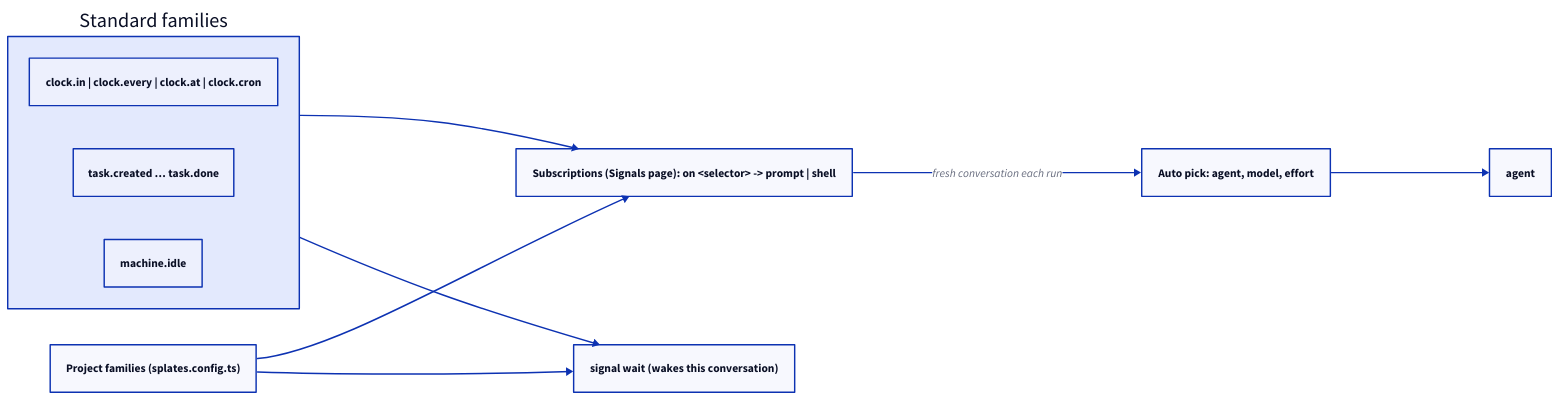
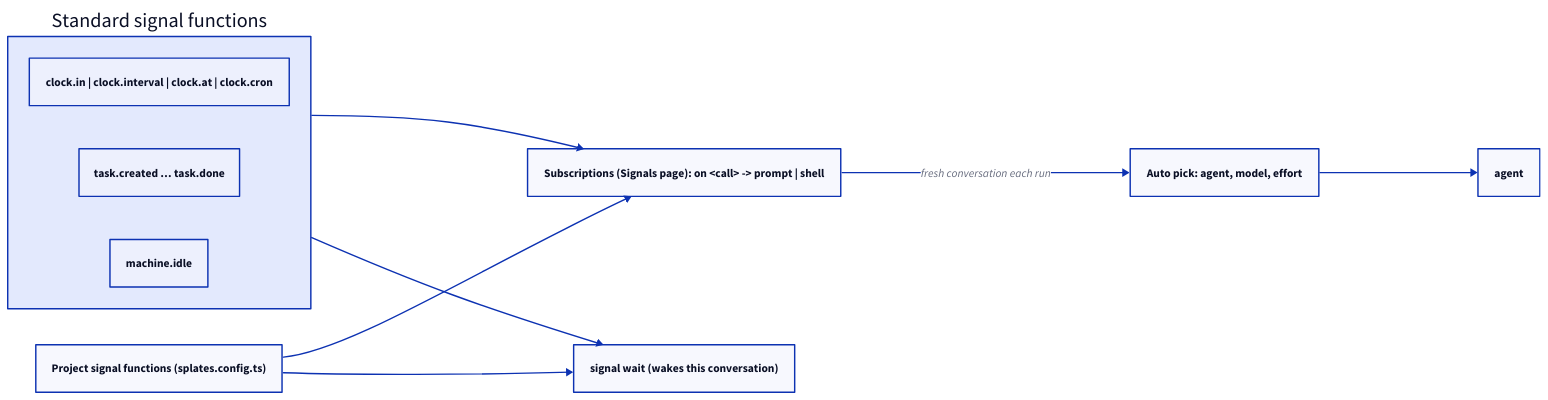
One commit to stringsync/splates changed the second of 2 diagrams in designs/standard-signals.md. Above: the diagram before and after it, drawn with D2. The commit also changed other lines of this file and 538 other files, not shown here.

````diff
--- a/designs/standard-signals.md
+++ b/designs/standard-signals.md
@@ -29,18 +29,18 @@
 ```d2
 direction: right
-std: Standard families {
-  clock: "clock.in | clock.every | clock.at | clock.cron"
+std: Standard signal functions {
+  clock: "clock.in | clock.interval | clock.at | clock.cron"
   task: "task.created … task.done"
   machine: "machine.idle"
 }
-project: "Project families (splates.config.ts)"
-subs: "Subscriptions (Signals page): on <selector> -> prompt | shell"
+project: "Project signal functions (splates.config.ts)"
+subs: "Subscriptions (Signals page): on <call> -> prompt | shell"
 wait: "signal wait (wakes this conversation)"
 autopick: "Auto pick: agent, model, effort"
 std -> wait
 std -> subs
 project -> wait
 project -> subs
 subs -> autopick: "fresh conversation each run"
 autopick -> agent
 ```
````
